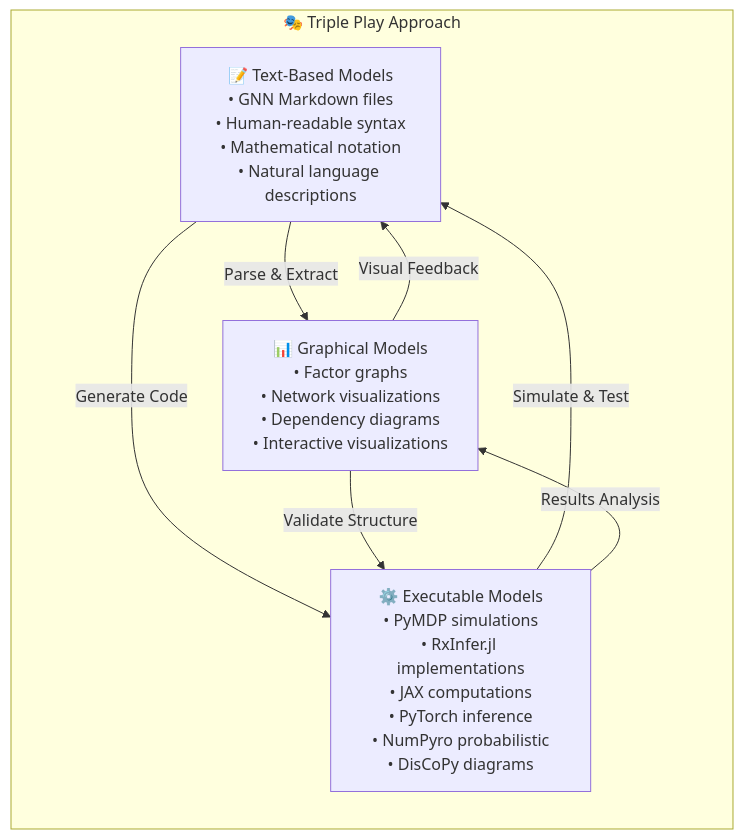
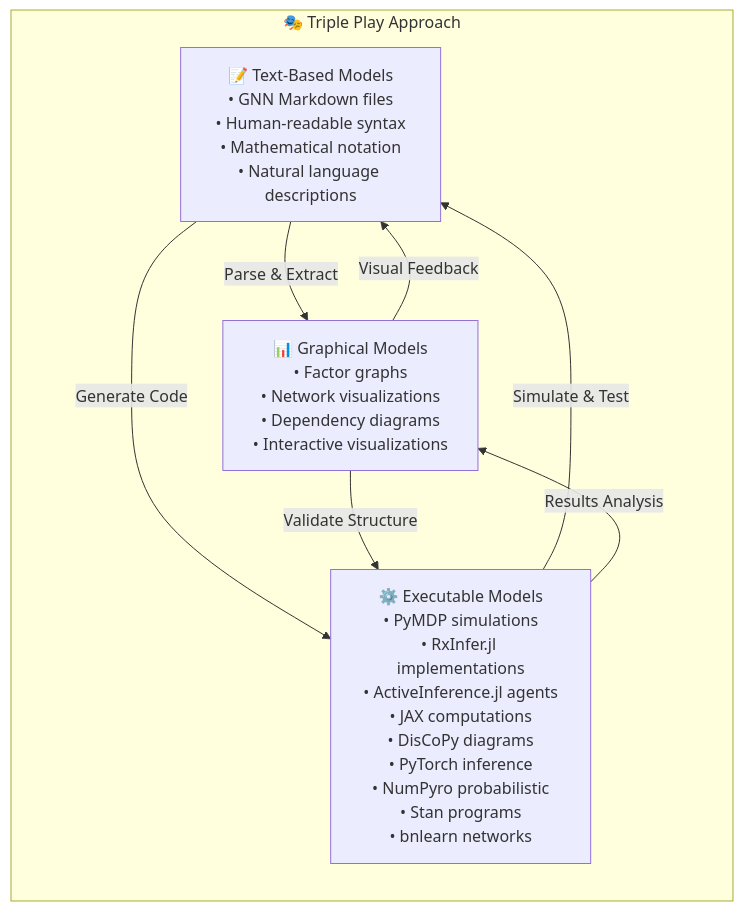
The first of 8 diagrams in README.md (ActiveInferenceInstitute/GeneralizedNotationNotation), drawn with Mermaid before and after one commit. The commit also changed other lines of this file and 278 other files, not shown here.

````diff
--- a/README.md
+++ b/README.md
@@ -186,19 +186,19 @@
 ```mermaid
 graph LR
     subgraph "🎭 Triple Play Approach"
         A["📝 Text-Based Models<br/>• GNN Markdown files<br/>• Human-readable syntax<br/>• Mathematical notation<br/>• Natural language descriptions"]
         
         B["📊 Graphical Models<br/>• Factor graphs<br/>• Network visualizations<br/>• Dependency diagrams<br/>• Interactive visualizations"]
         
-        C["⚙️ Executable Models<br/>• PyMDP simulations<br/>• RxInfer.jl implementations<br/>• JAX computations<br/>• PyTorch inference<br/>• NumPyro probabilistic<br/>• DisCoPy diagrams"]
+        C["⚙️ Executable Models<br/>• PyMDP simulations<br/>• RxInfer.jl implementations<br/>• ActiveInference.jl agents<br/>• JAX computations<br/>• DisCoPy diagrams<br/>• PyTorch inference<br/>• NumPyro probabilistic<br/>• Stan programs<br/>• bnlearn networks"]
     end
     
     A -->|Parse & Extract| B
     A -->|Generate Code| C
     B -->|Validate Structure| C
     C -->|Simulate & Test| A
     B -->|Visual Feedback| A
     C -->|Results Analysis| B
     
     %% styling intentionally omitted (theme-controlled)
 ```
````
